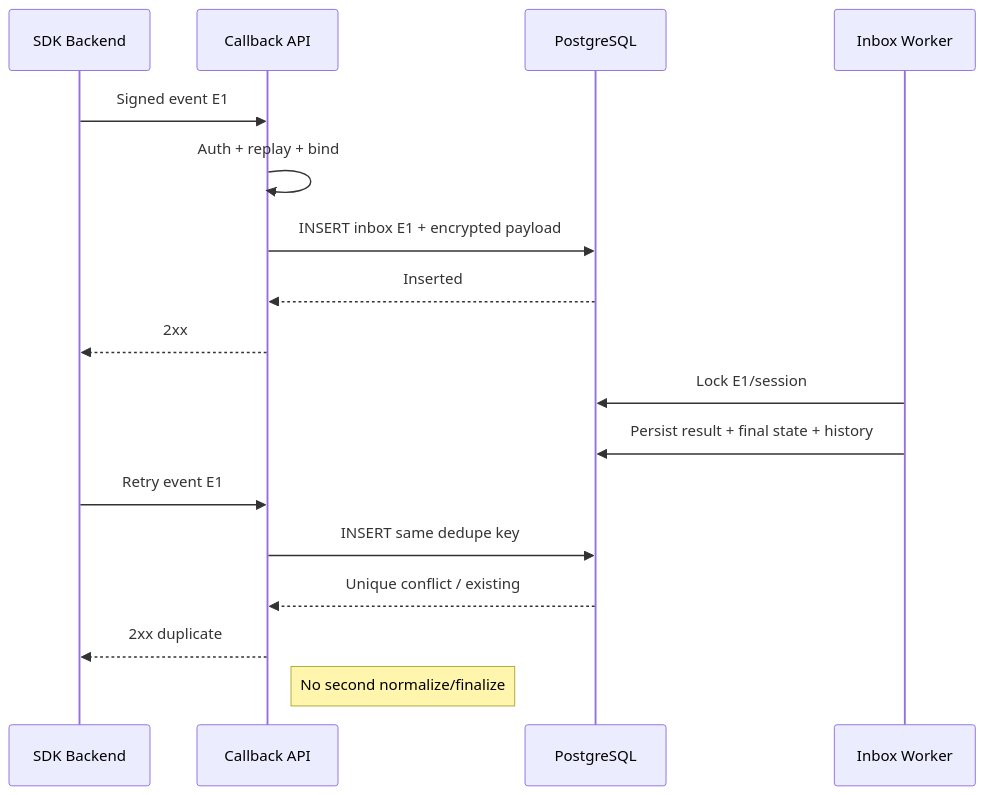
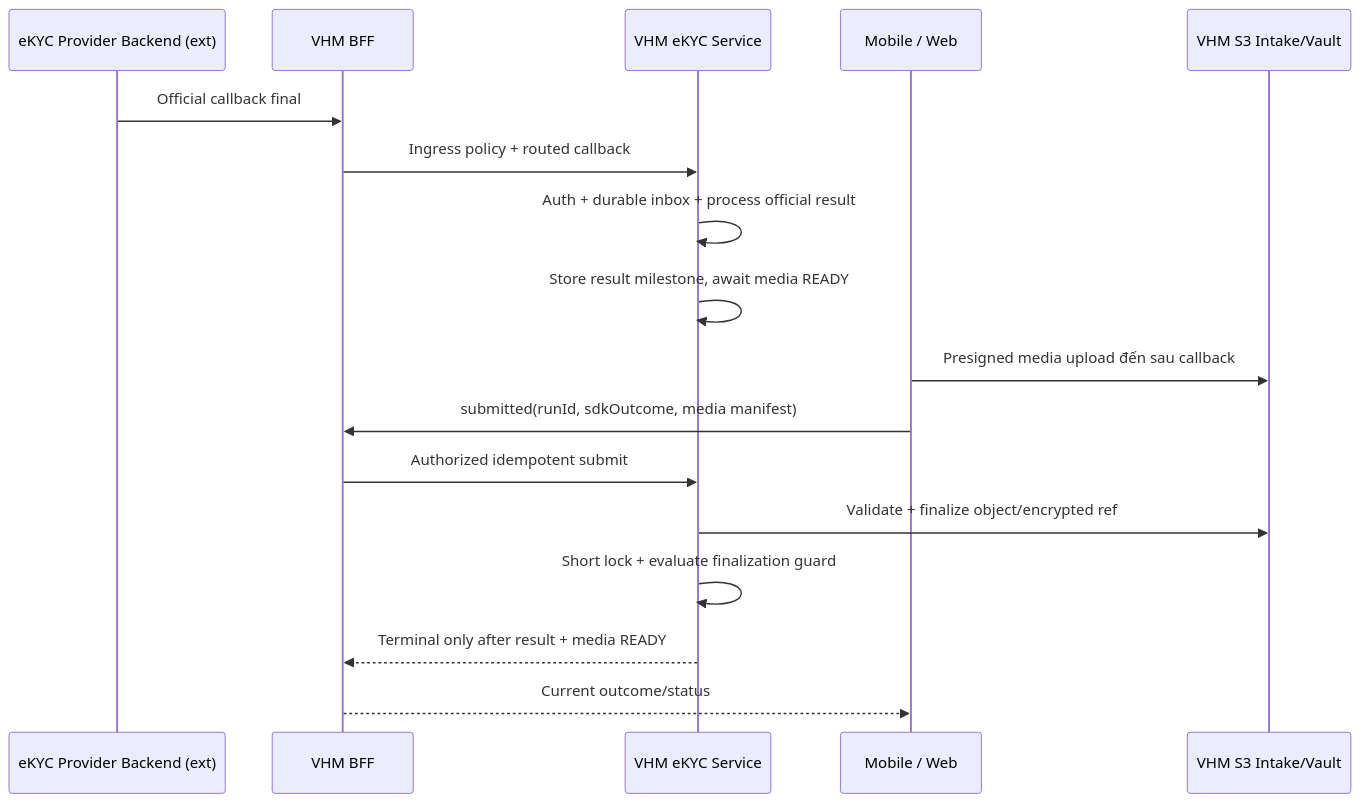
One commit to huynv-xyz/vhm changed diagram 14 of 18 in tdd2.md. Above: the diagram before and after it, drawn with Mermaid. The commit also changed other lines of this file, not shown here.

````diff
--- a/tdd2.md
+++ b/tdd2.md
@@ -1627,19 +1305,19 @@
 ```mermaid
 sequenceDiagram
-    participant BACKEND as SDK Backend
-    participant CALLBACK as Callback API
-    participant DB as PostgreSQL
-    participant WORKER as Inbox Worker
-    BACKEND->>CALLBACK: Signed event E1
-    CALLBACK->>CALLBACK: Auth + replay + bind
-    CALLBACK->>DB: INSERT inbox E1 + encrypted payload
-    DB-->>CALLBACK: Inserted
-    CALLBACK-->>BACKEND: 2xx
-    WORKER->>DB: Lock E1/session
-    WORKER->>DB: Persist result + final state + history
-    BACKEND->>CALLBACK: Retry event E1
-    CALLBACK->>DB: INSERT same dedupe key
-    DB-->>CALLBACK: Unique conflict / existing
-    CALLBACK-->>BACKEND: 2xx duplicate
-    Note right of CALLBACK: No second normalize/finalize
+    participant BACKEND as eKYC Provider Backend (ext)
+    participant BFF as VHM BFF
+    participant EKYC_SERVICE as VHM eKYC Service
+    participant CLIENT as Mobile / Web
+    participant S3 as VHM S3 Intake/Vault
+    BACKEND->>BFF: Official callback final
+    BFF->>EKYC_SERVICE: Ingress policy + routed callback
+    EKYC_SERVICE->>EKYC_SERVICE: Auth + durable inbox + process official result
+    EKYC_SERVICE->>EKYC_SERVICE: Store result milestone, await media READY
+    CLIENT->>S3: Presigned media upload đến sau callback
+    CLIENT->>BFF: submitted(runId, sdkOutcome, media manifest)
+    BFF->>EKYC_SERVICE: Authorized idempotent submit
+    EKYC_SERVICE->>S3: Validate + finalize object/encrypted ref
+    EKYC_SERVICE->>EKYC_SERVICE: Short lock + evaluate finalization guard
+    EKYC_SERVICE-->>BFF: Terminal only after result + media READY
+    BFF-->>CLIENT: Current outcome/status
 ```
````
